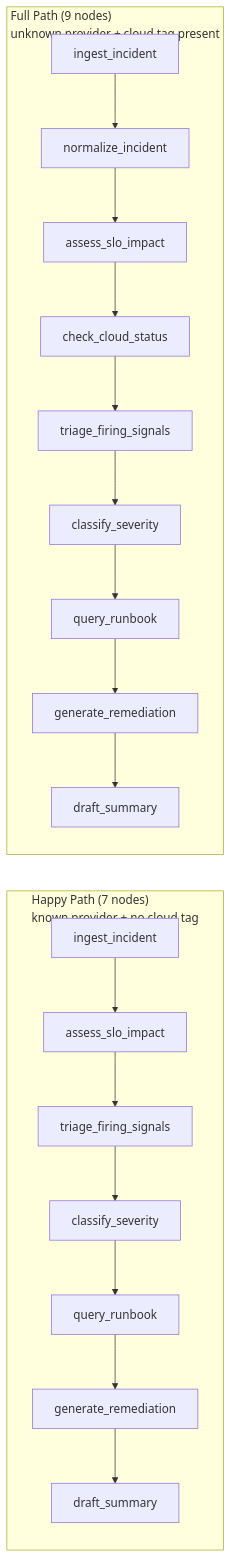
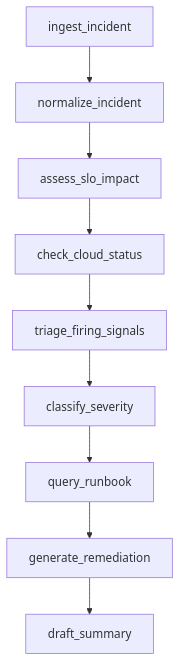
Before and after one commit to navarra-lisandro/slo-incident-triage-agent: the third of 3 diagrams in docs/adr/ADR-011-graph-topology.md, drawn with Mermaid. The commit also changed other lines of this file, not shown here.

Commit message:
docs: add ADR-011 graph topology with Mermaid diagrams

````diff
--- a/docs/adr/ADR-011-graph-topology.md
+++ b/docs/adr/ADR-011-graph-topology.md
@@ -62,24 +76,11 @@
 ```mermaid
-flowchart LR
-    subgraph happy["Happy Path (7 nodes)\nknown provider + no cloud tag"]
-        direction TB
-        h1[ingest_incident] --> h2[assess_slo_impact]
-        h2 --> h3[triage_firing_signals]
-        h3 --> h4[classify_severity]
-        h4 --> h5[query_runbook]
-        h5 --> h6[generate_remediation]
-        h6 --> h7[draft_summary]
-    end
-
-    subgraph full["Full Path (9 nodes)\nunknown provider + cloud tag present"]
-        direction TB
-        f1[ingest_incident] --> f2[normalize_incident]
-        f2 --> f3[assess_slo_impact]
-        f3 --> f4[check_cloud_status]
-        f4 --> f5[triage_firing_signals]
-        f5 --> f6[classify_severity]
-        f6 --> f7[query_runbook]
-        f7 --> f8[generate_remediation]
-        f8 --> f9[draft_summary]
-    end
+flowchart TD
+    A[ingest_incident] --> B[normalize_incident]
+    B --> C[assess_slo_impact]
+    C --> D[check_cloud_status]
+    D --> E[triage_firing_signals]
+    E --> F[classify_severity]
+    F --> G[query_runbook]
+    G --> H[generate_remediation]
+    H --> I[draft_summary]
 ```
````
